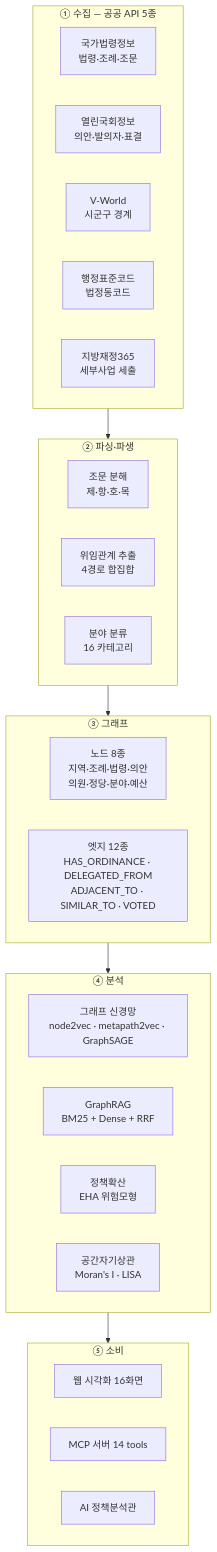
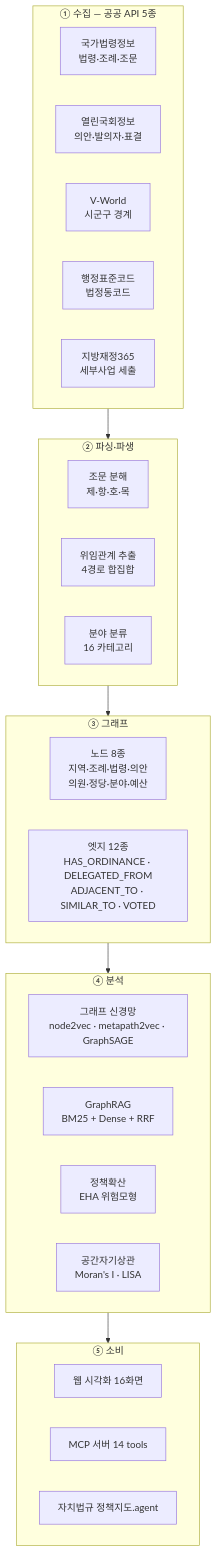
Before and after one commit to tradeprogram/policymaps: the diagram in README.md, drawn with Mermaid. The commit also changed other lines of this file and 11 other files, not shown here.

````diff
--- a/README.md
+++ b/README.md
@@ -67,31 +67,31 @@
 ```mermaid
 flowchart TB
     subgraph S1["① 수집 — 공공 API 5종"]
         A1[국가법령정보<br/>법령·조례·조문]
         A2[열린국회정보<br/>의안·발의자·표결]
         A3[V-World<br/>시군구 경계]
         A4[행정표준코드<br/>법정동코드]
         A5[지방재정365<br/>세부사업 세출]
     end
     subgraph S2["② 파싱·파생"]
         B1[조문 분해<br/>제·항·호·목]
         B2[위임관계 추출<br/>4경로 합집합]
         B3[분야 분류<br/>16 카테고리]
     end
     subgraph S3["③ 그래프"]
         C1[노드 8종<br/>지역·조례·법령·의안<br/>의원·정당·분야·예산]
         C2[엣지 12종<br/>HAS_ORDINANCE · DELEGATED_FROM<br/>ADJACENT_TO · SIMILAR_TO · VOTED]
     end
     subgraph S4["④ 분석"]
         D1[그래프 신경망<br/>node2vec · metapath2vec · GraphSAGE]
         D2[GraphRAG<br/>BM25 + Dense + RRF]
         D3[정책확산<br/>EHA 위험모형]
         D4[공간자기상관<br/>Moran's I · LISA]
     end
     subgraph S5["⑤ 소비"]
         E1[웹 시각화 16화면]
         E2[MCP 서버 14 tools]
-        E3[AI 정책분석관]
+        E3[자치법규 정책지도.agent]
     end
     S1 --> S2 --> S3 --> S4 --> S5
 ```
````
